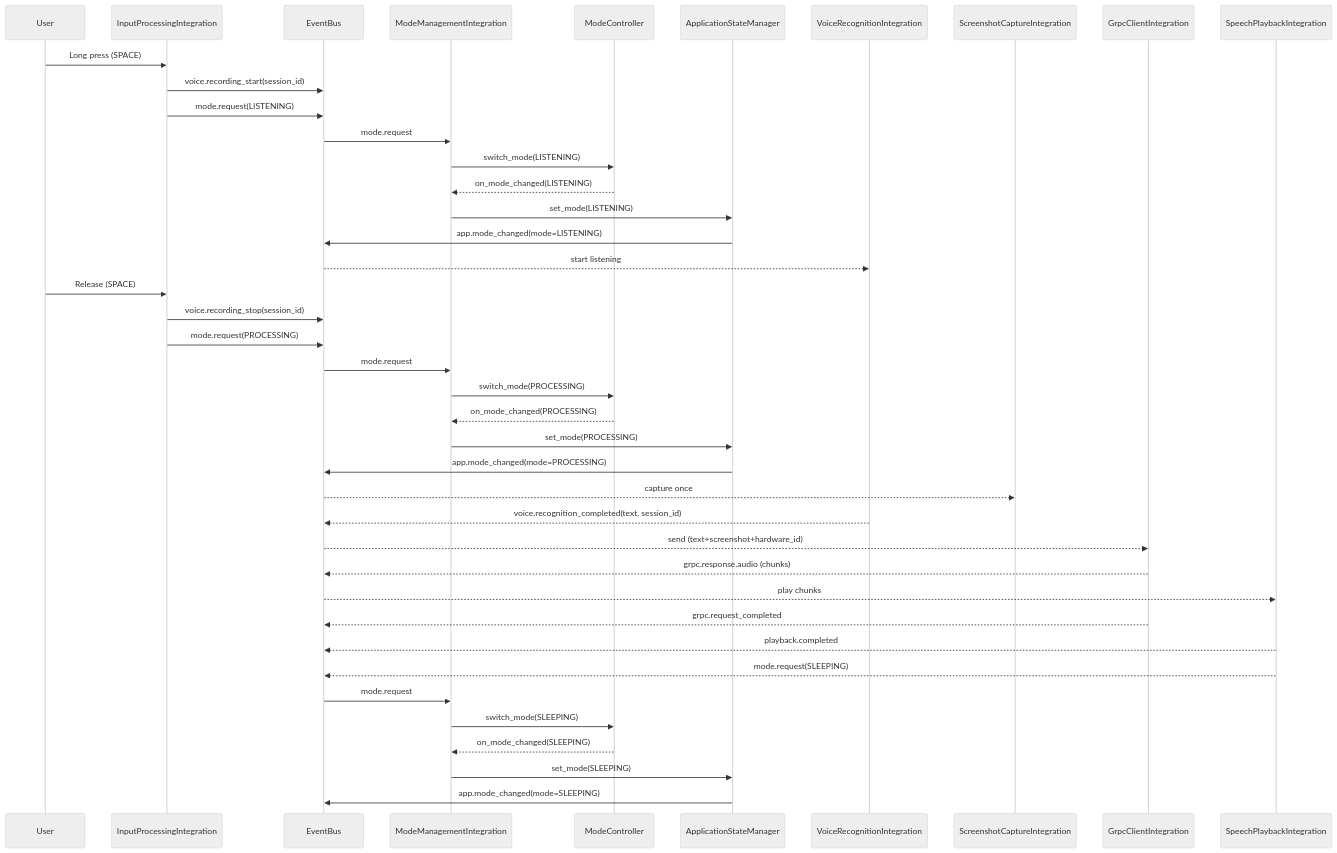
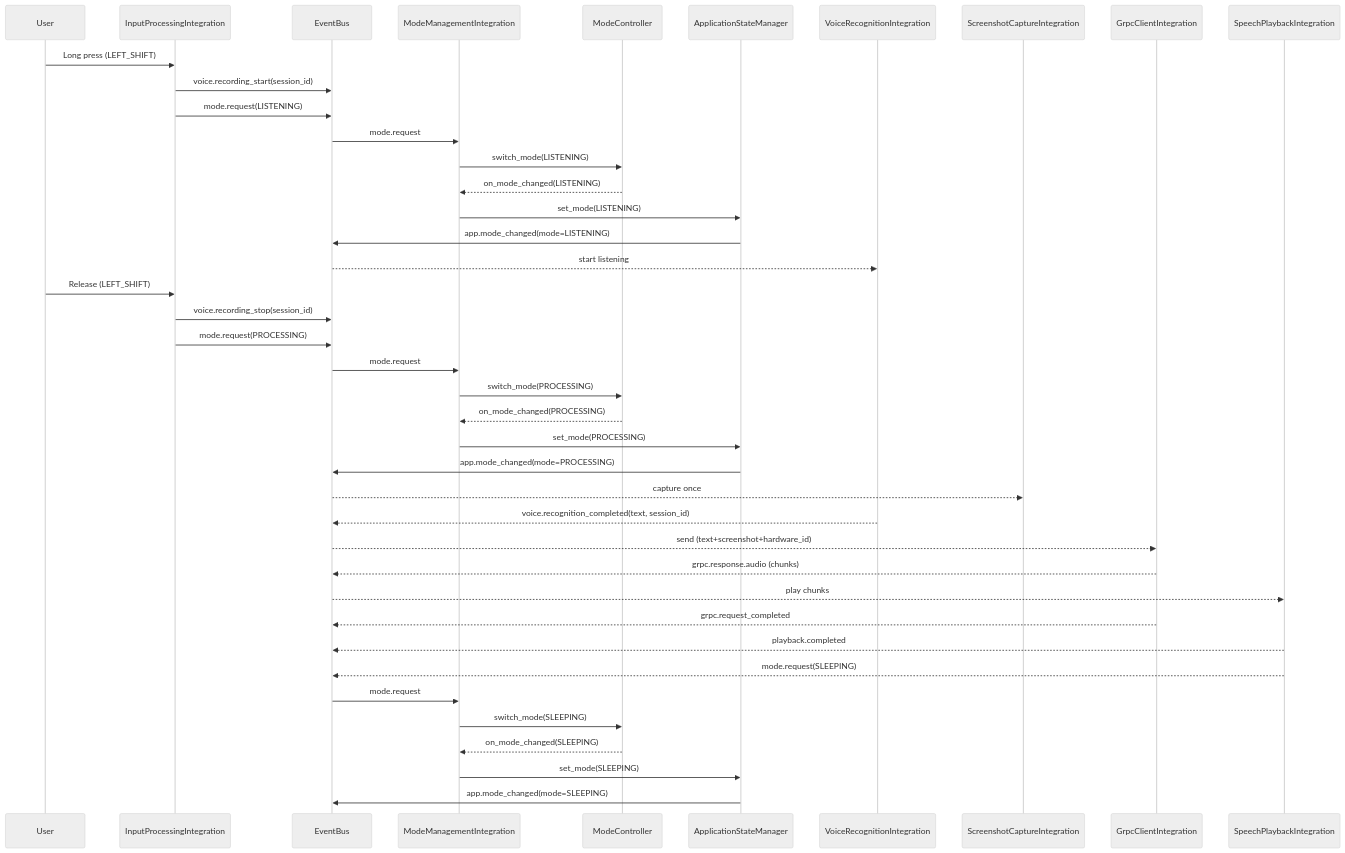
Before and after one commit to Seregawpn/Nexy_server: the second of 5 diagrams in Docs/ARCHITECTURE_OVERVIEW.md, drawn with Mermaid (neutral theme). The commit also changed 11 other files, not shown here.

````diff
--- a/Docs/ARCHITECTURE_OVERVIEW.md
+++ b/Docs/ARCHITECTURE_OVERVIEW.md
@@ -791,45 +791,45 @@
 ```mermaid
 sequenceDiagram
     participant User
     participant Input as InputProcessingIntegration
     participant Bus as EventBus
     participant ModeMgmt as ModeManagementIntegration
     participant Ctrl as ModeController
     participant State as ApplicationStateManager
     participant VRec as VoiceRecognitionIntegration
     participant Shot as ScreenshotCaptureIntegration
     participant Grpc as GrpcClientIntegration
     participant Speech as SpeechPlaybackIntegration
 
-    User->>Input: Long press (SPACE)
+    User->>Input: Long press (LEFT_SHIFT)
     Input->>Bus: voice.recording_start(session_id)
     Input->>Bus: mode.request(LISTENING)
     Bus->>ModeMgmt: mode.request
     ModeMgmt->>Ctrl: switch_mode(LISTENING)
     Ctrl-->>ModeMgmt: on_mode_changed(LISTENING)
     ModeMgmt->>State: set_mode(LISTENING)
     State->>Bus: app.mode_changed(mode=LISTENING)
     Bus-->>VRec: start listening
 
-    User->>Input: Release (SPACE)
+    User->>Input: Release (LEFT_SHIFT)
     Input->>Bus: voice.recording_stop(session_id)
     Input->>Bus: mode.request(PROCESSING)
     Bus->>ModeMgmt: mode.request
     ModeMgmt->>Ctrl: switch_mode(PROCESSING)
     Ctrl-->>ModeMgmt: on_mode_changed(PROCESSING)
     ModeMgmt->>State: set_mode(PROCESSING)
     State->>Bus: app.mode_changed(mode=PROCESSING)
     Bus-->>Shot: capture once
     VRec-->>Bus: voice.recognition_completed(text, session_id)
     Bus-->>Grpc: send (text+screenshot+hardware_id)
     Grpc-->>Bus: grpc.response.audio (chunks)
     Bus-->>Speech: play chunks
     Grpc-->>Bus: grpc.request_completed
     Speech-->>Bus: playback.completed
     Speech-->>Bus: mode.request(SLEEPING)
     Bus->>ModeMgmt: mode.request
     ModeMgmt->>Ctrl: switch_mode(SLEEPING)
     Ctrl-->>ModeMgmt: on_mode_changed(SLEEPING)
     ModeMgmt->>State: set_mode(SLEEPING)
     State->>Bus: app.mode_changed(mode=SLEEPING)
 ```
````
